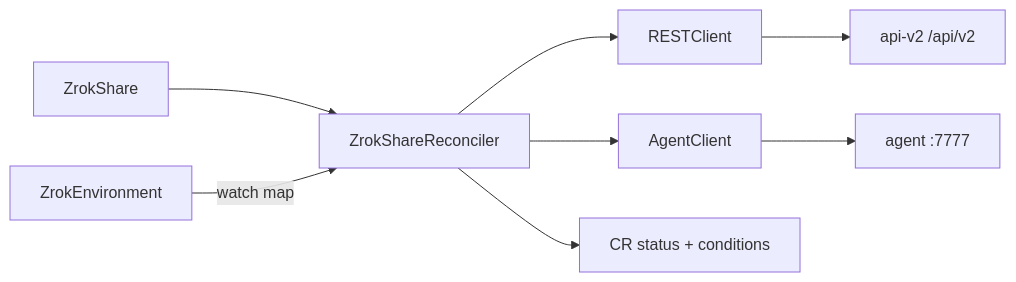
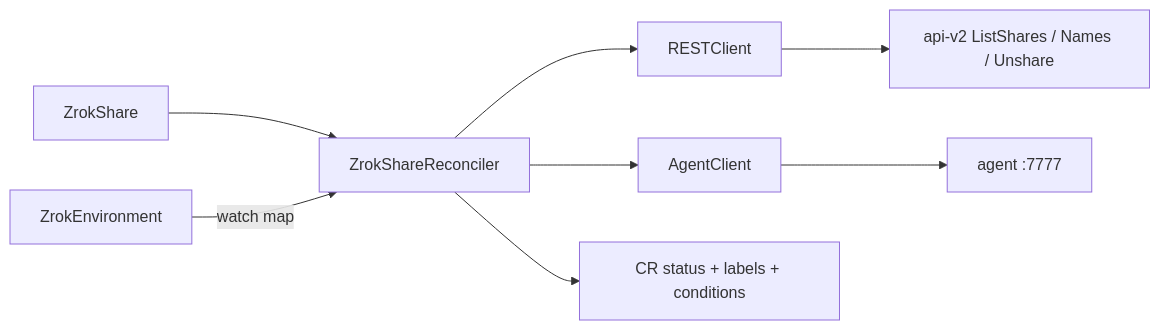
The diagram in .memory-bank/components/share-controller.md (vulkoingim/zrok-operator), drawn with Mermaid before and after one commit. The commit also changed other lines of this file and 25 other files, not shown here.

````diff
--- a/.memory-bank/components/share-controller.md
+++ b/.memory-bank/components/share-controller.md
@@ -10,10 +10,10 @@
 ```mermaid
 flowchart LR
   CR[ZrokShare] --> R[ZrokShareReconciler]
   Env[ZrokEnvironment] -->|watch map| R
   R --> REST[RESTClient]
   R --> AG[AgentClient]
-  REST --> API[api-v2 /api/v2]
+  REST --> API[api-v2 ListShares / Names / Unshare]
   AG --> Agent[agent :7777]
-  R --> Status[CR status + conditions]
+  R --> Status[CR status + labels + conditions]
 ```
````
